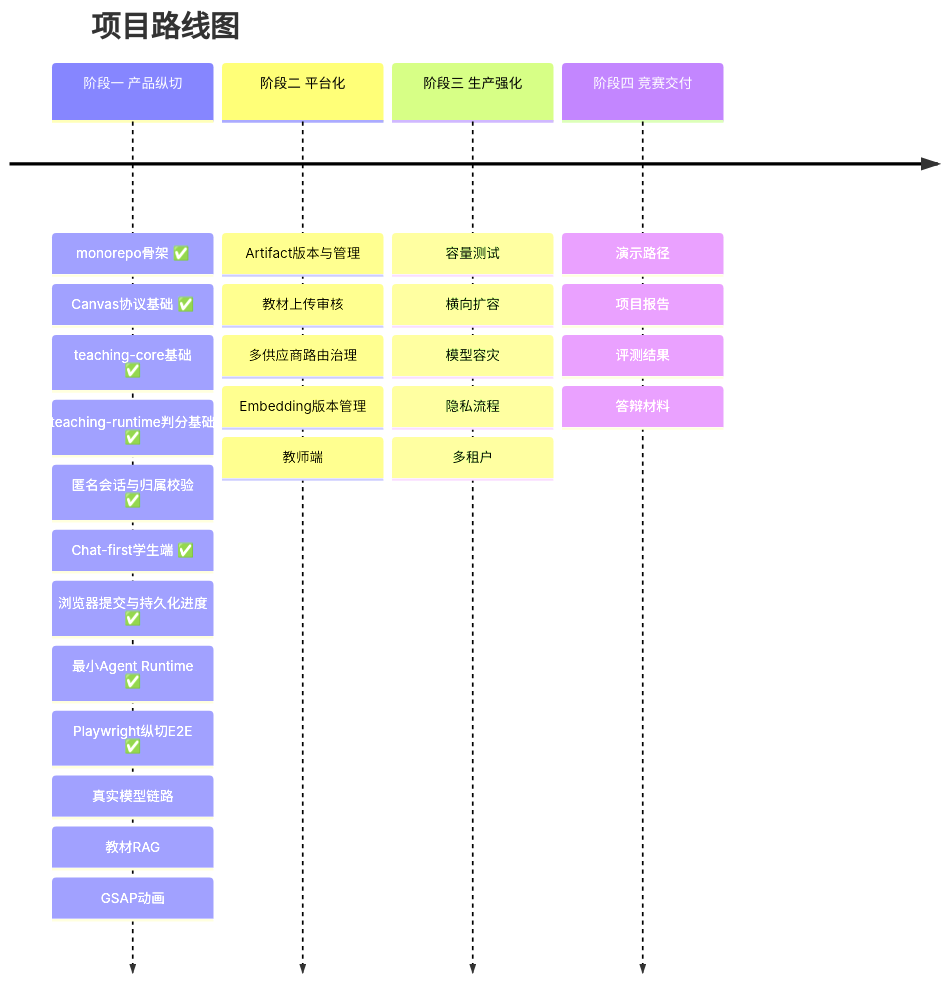
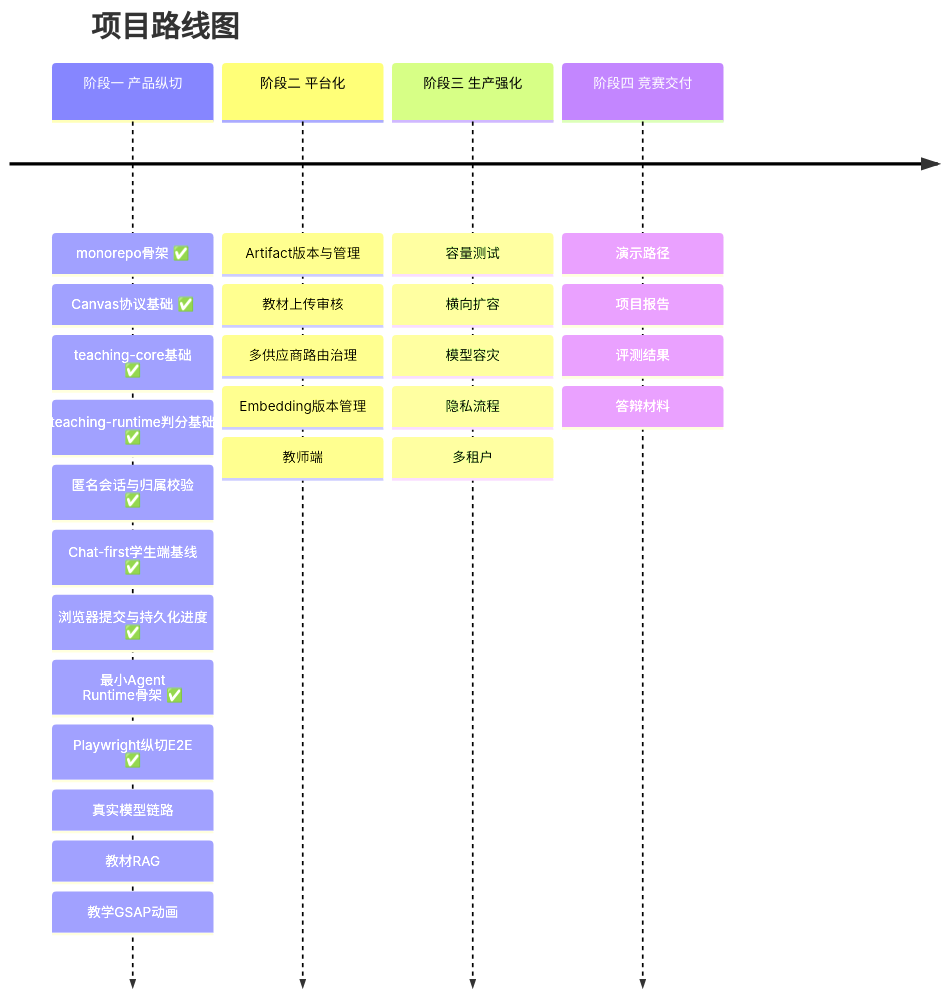
Before and after one commit to Timcai06/EduCanvas: the seventh of 7 diagrams in README.md, drawn with Mermaid. The commit also changed other lines of this file and 177 other files, not shown here.

````diff
--- a/README.md
+++ b/README.md
@@ -300,8 +304,8 @@
 ```mermaid
 timeline
     title 项目路线图
-    阶段一 产品纵切 : monorepo骨架 ✅ : Canvas协议基础 ✅ : teaching-core基础 ✅ : teaching-runtime判分基础 ✅ : 匿名会话与归属校验 ✅ : Chat-first学生端 ✅ : 浏览器提交与持久化进度 ✅ : 最小Agent Runtime ✅ : Playwright纵切E2E ✅ : 真实模型链路 : 教材RAG : GSAP动画
+    阶段一 产品纵切 : monorepo骨架 ✅ : Canvas协议基础 ✅ : teaching-core基础 ✅ : teaching-runtime判分基础 ✅ : 匿名会话与归属校验 ✅ : Chat-first学生端基线 ✅ : 浏览器提交与持久化进度 ✅ : 最小Agent Runtime骨架 ✅ : Playwright纵切E2E ✅ : 真实模型链路 : 教材RAG : 教学GSAP动画
     阶段二 平台化 : Artifact版本与管理 : 教材上传审核 : 多供应商路由治理 : Embedding版本管理 : 教师端
     阶段三 生产强化 : 容量测试 : 横向扩容 : 模型容灾 : 隐私流程 : 多租户
     阶段四 竞赛交付 : 演示路径 : 项目报告 : 评测结果 : 答辩材料
 ```
````
